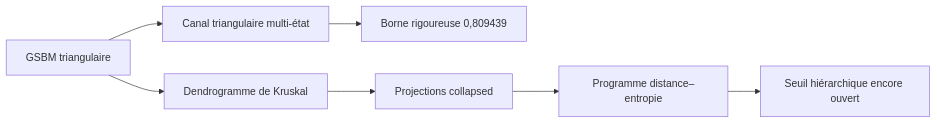
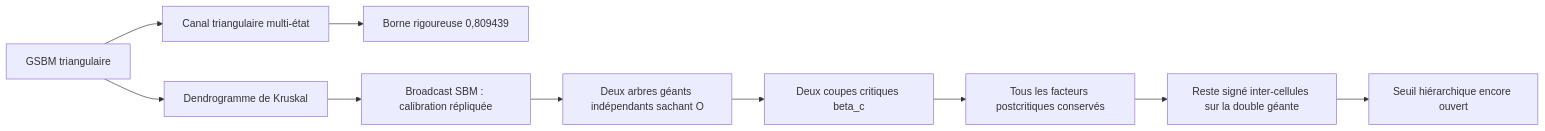
Before and after one commit to Ludwig-H/Presentation-MathNet-2026-06-15: the diagram in research/hierarchical-swendsen-wang/README.md, drawn with Mermaid. The commit also changed other lines of this file and 23 other files, not shown here.

````diff
--- a/research/hierarchical-swendsen-wang/README.md
+++ b/research/hierarchical-swendsen-wang/README.md
@@ -78,9 +81,12 @@
 ```mermaid
 flowchart LR
     M["GSBM triangulaire"] --> C["Canal triangulaire multi-état"]
     C --> R["Borne rigoureuse 0,809439"]
     M --> D["Dendrogramme de Kruskal"]
-    D --> P["Projections collapsed"]
-    P --> E["Programme distance–entropie"]
+    D --> S["Broadcast SBM : calibration répliquée"]
+    S --> G["Deux arbres géants indépendants sachant O"]
+    G --> B["Deux coupes critiques beta_c"]
+    B --> P["Tous les facteurs postcritiques conservés"]
+    P --> E["Reste signé inter-cellules sur la double géante"]
     E --> O["Seuil hiérarchique encore ouvert"]
 ```
````
